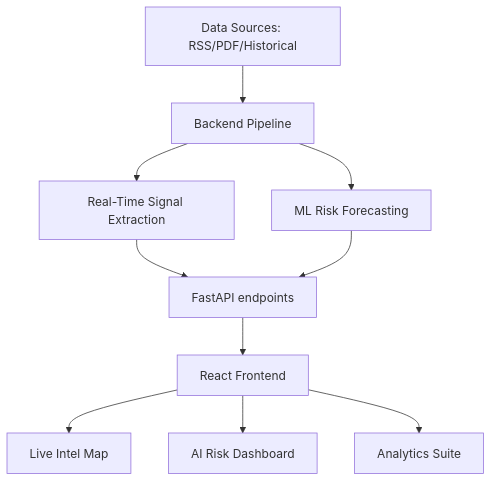
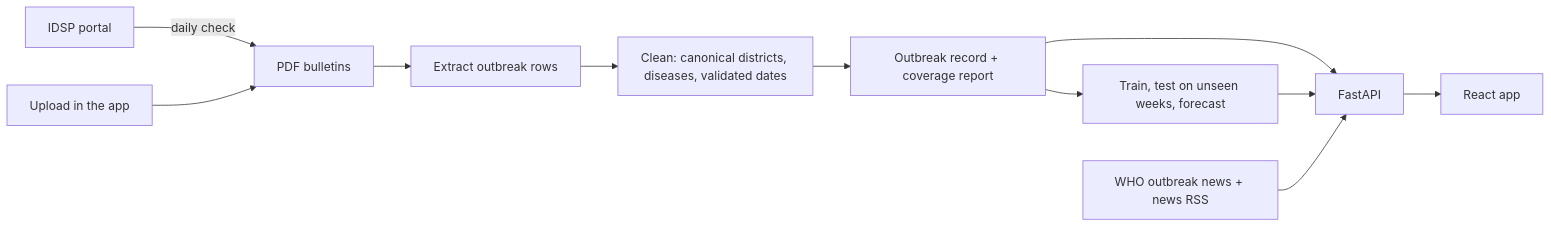
One commit to ayeus/Sentinal-GIS changed the diagram in README.md. Above: the diagram before and after it, drawn with Mermaid. The commit also changed other lines of this file and 91 other files, not shown here.

````diff
--- a/README.md
+++ b/README.md
@@ -37,12 +23,13 @@
 ```mermaid
-graph TD
-    A[Data Sources: RSS/PDF/Historical] --> B[Backend Pipeline]
-    B --> C[Real-Time Signal Extraction]
-    B --> D[ML Risk Forecasting]
-    C --> E[FastAPI endpoints]
-    D --> E
-    E --> F[React Frontend]
-    F --> G[Live Intel Map]
-    F --> H[AI Risk Dashboard]
-    F --> I[Analytics Suite]
+graph LR
+    A[IDSP portal] -->|daily check| B[PDF bulletins]
+    U[Upload in the app] --> B
+    B --> C[Extract outbreak rows]
+    C --> D[Clean: canonical districts, diseases, validated dates]
+    D --> E[Outbreak record + coverage report]
+    E --> F[Train, test on unseen weeks, forecast]
+    E --> G[FastAPI]
+    F --> G
+    W[WHO outbreak news + news RSS] --> G
+    G --> H[React app]
 ```
````
